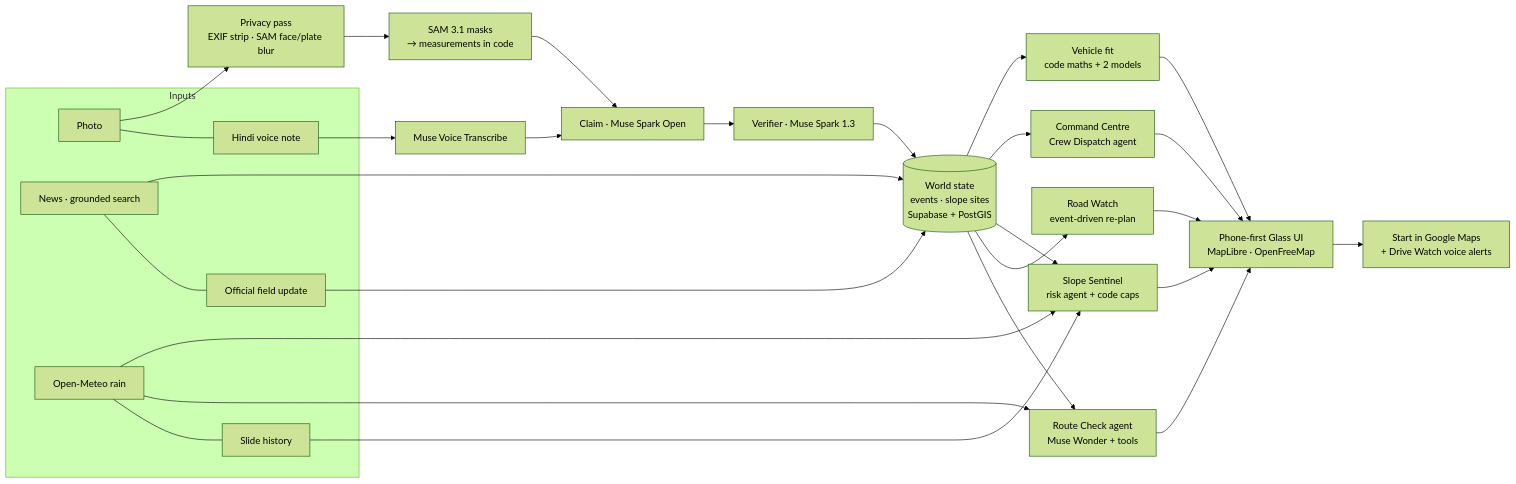
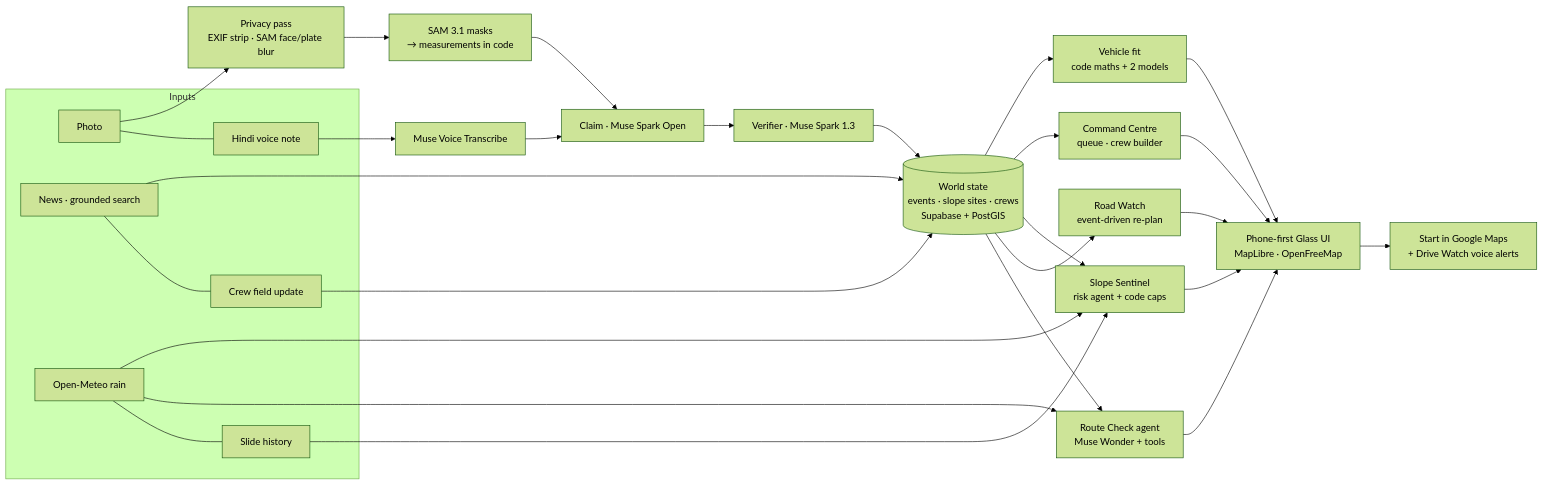
One commit to DhruvKaushik-IIIT/PATHFINDER changed the second of 2 diagrams in README.md. Above: the diagram before and after it, drawn with Mermaid (forest theme). The commit also changed other lines of this file and 13 other files, not shown here.

````diff
--- a/README.md
+++ b/README.md
@@ -38,31 +199,31 @@
 ```mermaid
 flowchart LR
   subgraph Inputs
     P[Photo] --- V[Hindi voice note]
-    N[News · grounded search] --- O[Official field update]
+    N[News · grounded search] --- O[Crew field update]
     W[Open-Meteo rain] --- H[Slide history]
   end
   P --> PRIV[Privacy pass<br/>EXIF strip · SAM face/plate blur]
   PRIV --> SAM[SAM 3.1 masks<br/>→ measurements in code]
   V --> VT[Muse Voice Transcribe]
   SAM --> CL[Claim · Muse Spark Open]
   VT --> CL
   CL --> VER[Verifier · Muse Spark 1.3]
   N --> WS
   O --> WS
-  VER --> WS[(World state<br/>events · slope sites<br/>Supabase + PostGIS)]
+  VER --> WS[(World state<br/>events · slope sites · crews<br/>Supabase + PostGIS)]
   WS --> RC[Route Check agent<br/>Muse Wonder + tools]
   WS --> RW[Road Watch<br/>event-driven re-plan]
   WS --> SS[Slope Sentinel<br/>risk agent + code caps]
-  WS --> CC[Command Centre<br/>Crew Dispatch agent]
+  WS --> CC[Command Centre<br/>queue · crew builder]
   WS --> FIT[Vehicle fit<br/>code maths + 2 models]
   W --> RC
   W --> SS
   H --> SS
   RC --> UI[Phone-first Glass UI<br/>MapLibre · OpenFreeMap]
   RW --> UI
   SS --> UI
   CC --> UI
   FIT --> UI
   UI --> GM[Start in Google Maps<br/>+ Drive Watch voice alerts]
 ```
````
